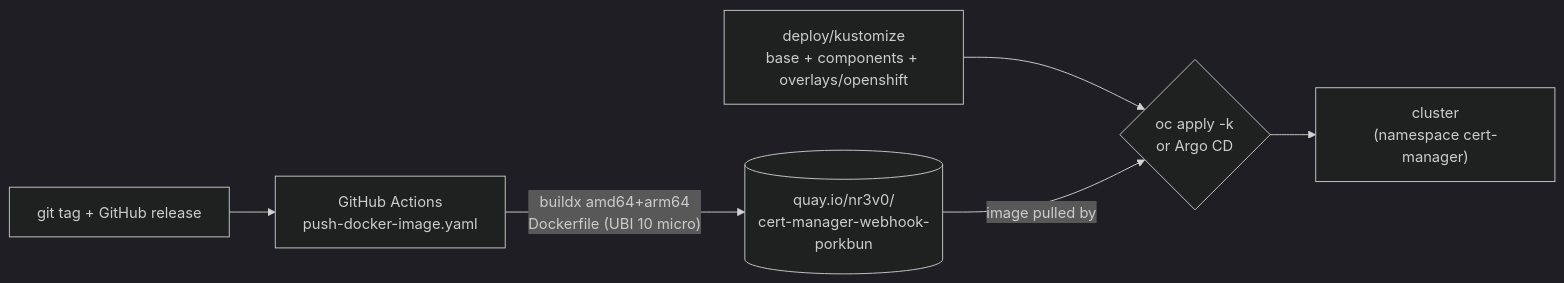
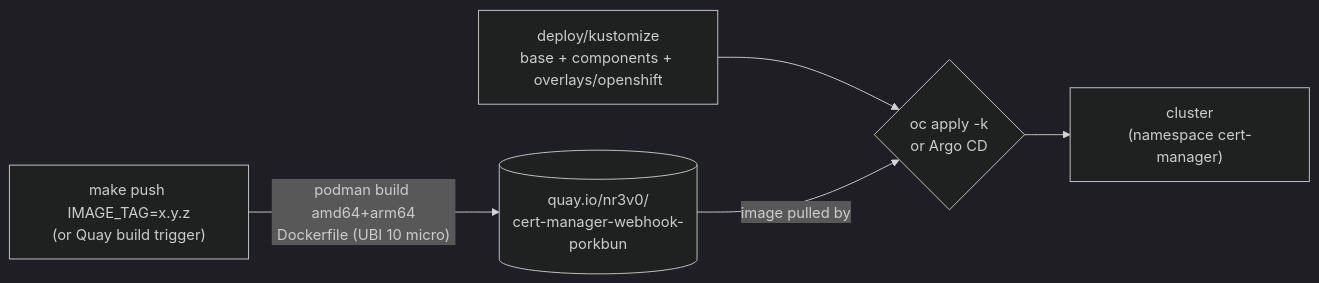
The second of 2 diagrams in README.md (nr3v0/cert-manager-webhook-porkbun), drawn with Mermaid (dark theme) before and after one commit. The commit also changed other lines of this file and 8 other files, not shown here.

First line of the commit message:
chore: Go 1.27, drop GitHub Actions, fix example test race

````diff
--- a/README.md
+++ b/README.md
@@ -85,8 +84,7 @@
 ```mermaid
 flowchart LR
-    dev["git tag + GitHub release"] --> gha["GitHub Actions<br/>push-docker-image.yaml"]
-    gha -- "buildx amd64+arm64<br/>Dockerfile (UBI 10 micro)" --> quay[("quay.io/nr3v0/<br/>cert-manager-webhook-porkbun")]
+    dev["make push IMAGE_TAG=x.y.z<br/>(or Quay build trigger)"] -- "podman build amd64+arm64<br/>Dockerfile (UBI 10 micro)" --> quay[("quay.io/nr3v0/<br/>cert-manager-webhook-porkbun")]
     repo["deploy/kustomize<br/>base + components + overlays/openshift"] --> apply{"oc apply -k<br/>or Argo CD"}
     quay -- "image pulled by" --> apply
     apply --> cluster["cluster<br/>(namespace cert-manager)"]
 ```
````
